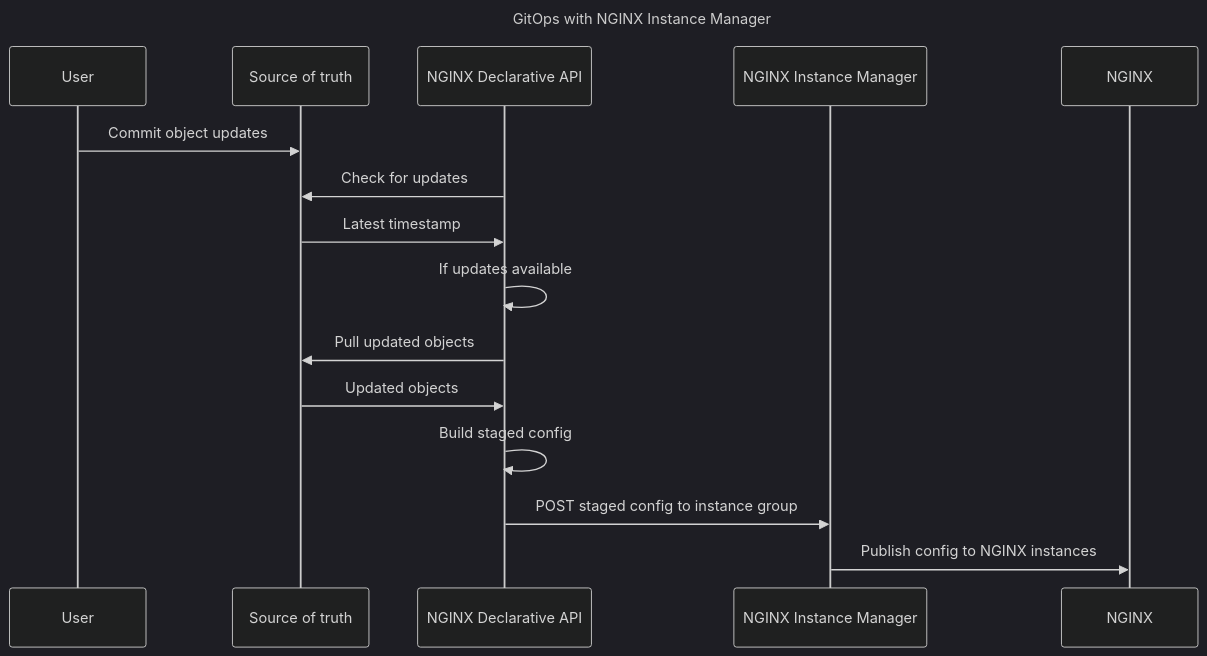
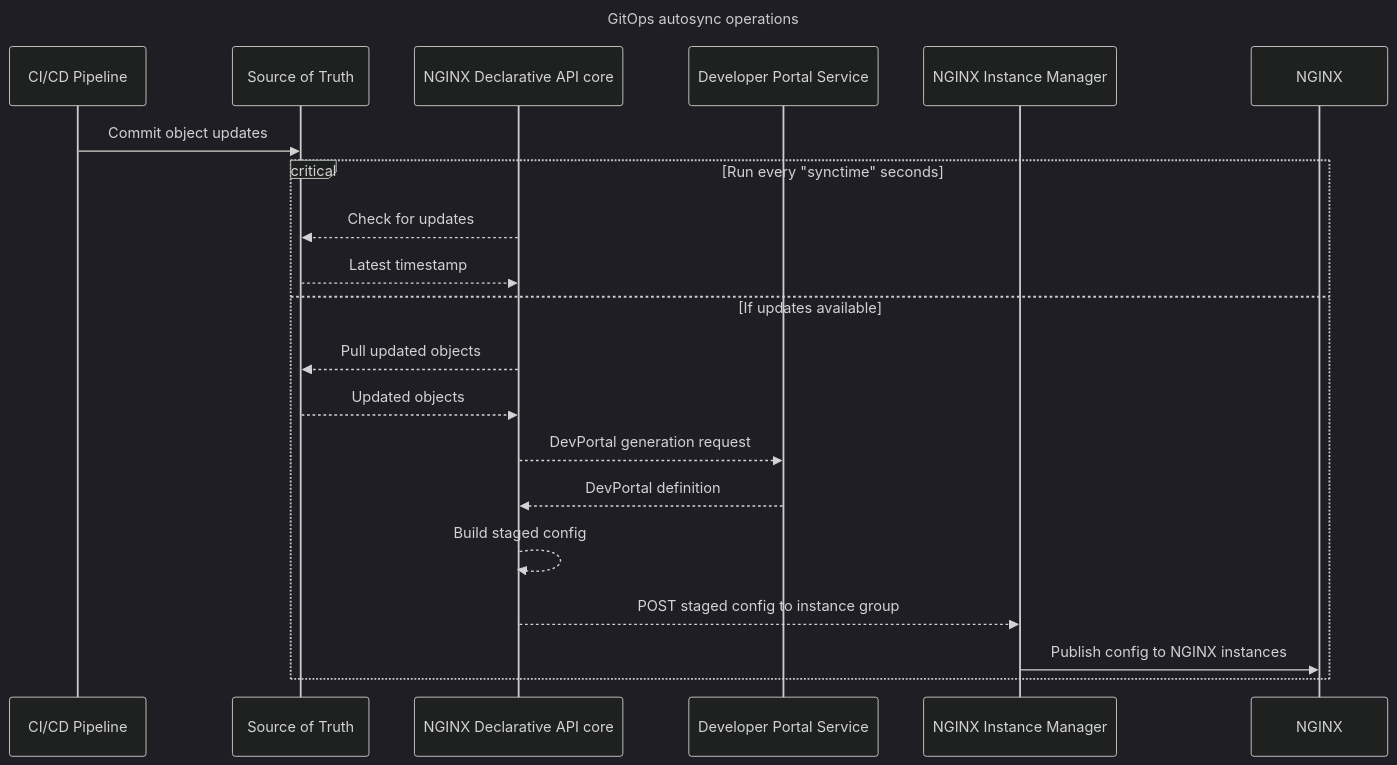
The second of 2 diagrams in README.md (f5devcentral/NGINX-Declarative-API), drawn with Mermaid (dark theme) before and after one commit. The commit also changed other lines of this file, not shown here.

````diff
--- a/README.md
+++ b/README.md
@@ -47,18 +73,34 @@
 ```mermaid
 sequenceDiagram
 
-title GitOps with NGINX Instance Manager
+title GitOps autosync operations
 
-User ->> Source of truth: Commit object updates
-NGINX Declarative API ->> Source of truth: Check for updates
-Source of truth ->> NGINX Declarative API: Latest timestamp
+participant CI/CD Pipeline
+participant Source of Truth
+participant NGINX Declarative API core
+participant Developer Portal Service
+participant NGINX Instance Manager
+participant NGINX
 
-NGINX Declarative API->> NGINX Declarative API: If updates available
-NGINX Declarative API->> Source of truth: Pull updated objects
-Source of truth ->> NGINX Declarative API : Updated objects
+CI/CD Pipeline ->> Source of Truth: Commit object updates
 
-NGINX Declarative API->> NGINX Declarative API: Build staged config
-NGINX Declarative API->> NGINX Instance Manager: POST staged config to instance group
+
+critical Run every "synctime" seconds
+
+NGINX Declarative API core -->> Source of Truth: Check for updates
+Source of Truth -->> NGINX Declarative API core: Latest timestamp
+
+option If updates available
+NGINX Declarative API core -->> Source of Truth: Pull updated objects
+Source of Truth -->> NGINX Declarative API core : Updated objects
+
+NGINX Declarative API core -->> Developer Portal Service: DevPortal generation request
+Developer Portal Service -->> NGINX Declarative API core: DevPortal definition
+
+NGINX Declarative API core -->> NGINX Declarative API core: Build staged config
+NGINX Declarative API core -->> NGINX Instance Manager: POST staged config to instance group
 
 NGINX Instance Manager ->> NGINX: Publish config to NGINX instances
+
+end
 ```
````
